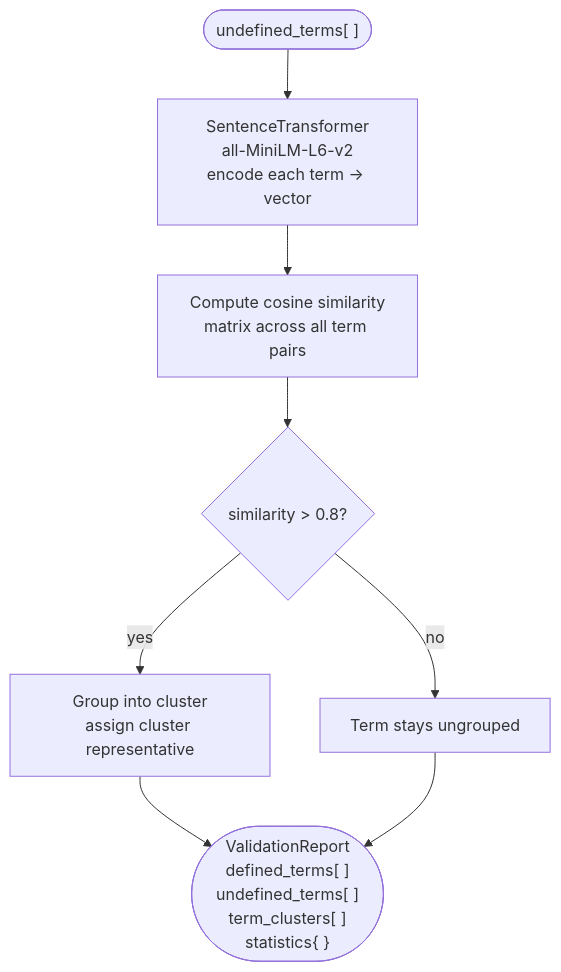
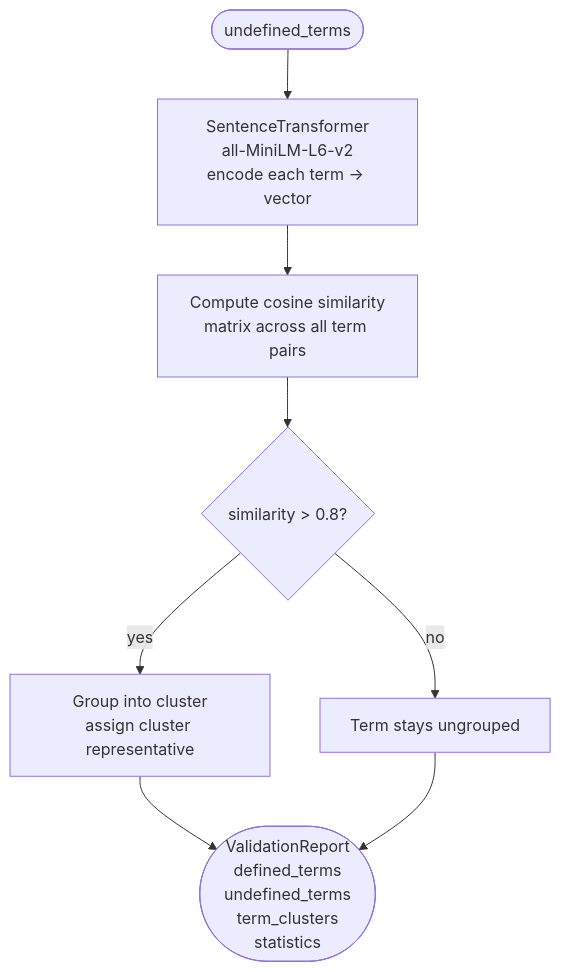
Before and after one commit to asa-holland/csuf-clarus: the fifth of 12 diagrams in analysis.md, drawn with Mermaid. The commit also changed other lines of this file, not shown here.

````diff
--- a/analysis.md
+++ b/analysis.md
@@ -145,20 +132,20 @@
 ```mermaid
 flowchart TD
-    IN(["undefined_terms[ ]"])
+    IN(["undefined_terms"])
 
     ENC["SentenceTransformer\nall-MiniLM-L6-v2\nencode each term → vector"]
 
     MATRIX["Compute cosine similarity\nmatrix across all term pairs"]
 
     THRESH{"similarity > 0.8?"}
 
     GROUP["Group into cluster\nassign cluster representative"]
     SOLO["Term stays ungrouped"]
 
-    OUT(["ValidationReport\ndefined_terms[ ]\nundefined_terms[ ]\nterm_clusters[ ]\nstatistics{ }"])
+    OUT(["ValidationReport\ndefined_terms\nundefined_terms\nterm_clusters\nstatistics"])
 
     IN --> ENC --> MATRIX --> THRESH
     THRESH -->|yes| GROUP
     THRESH -->|no| SOLO
     GROUP & SOLO --> OUT
 ```
````
